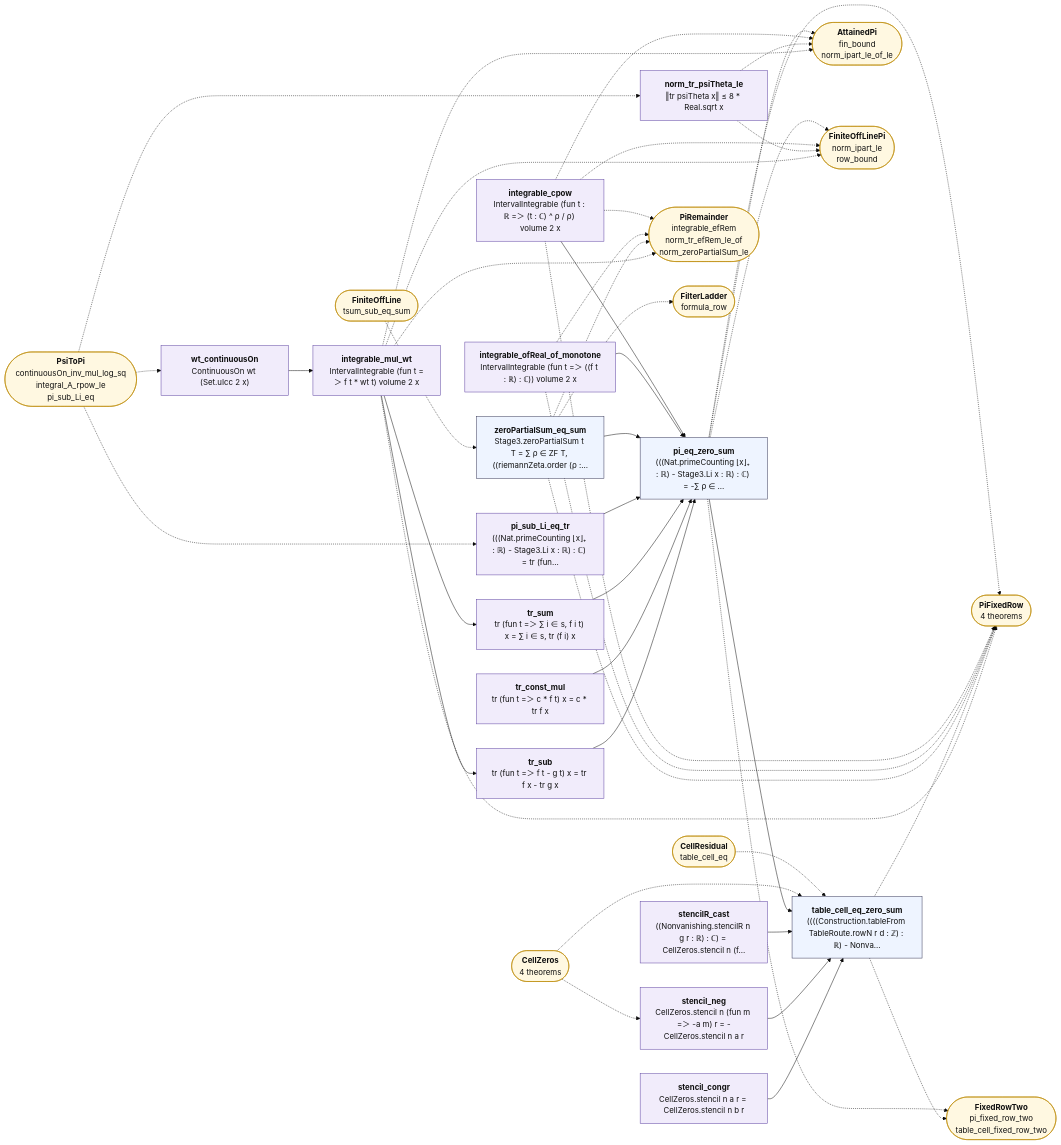
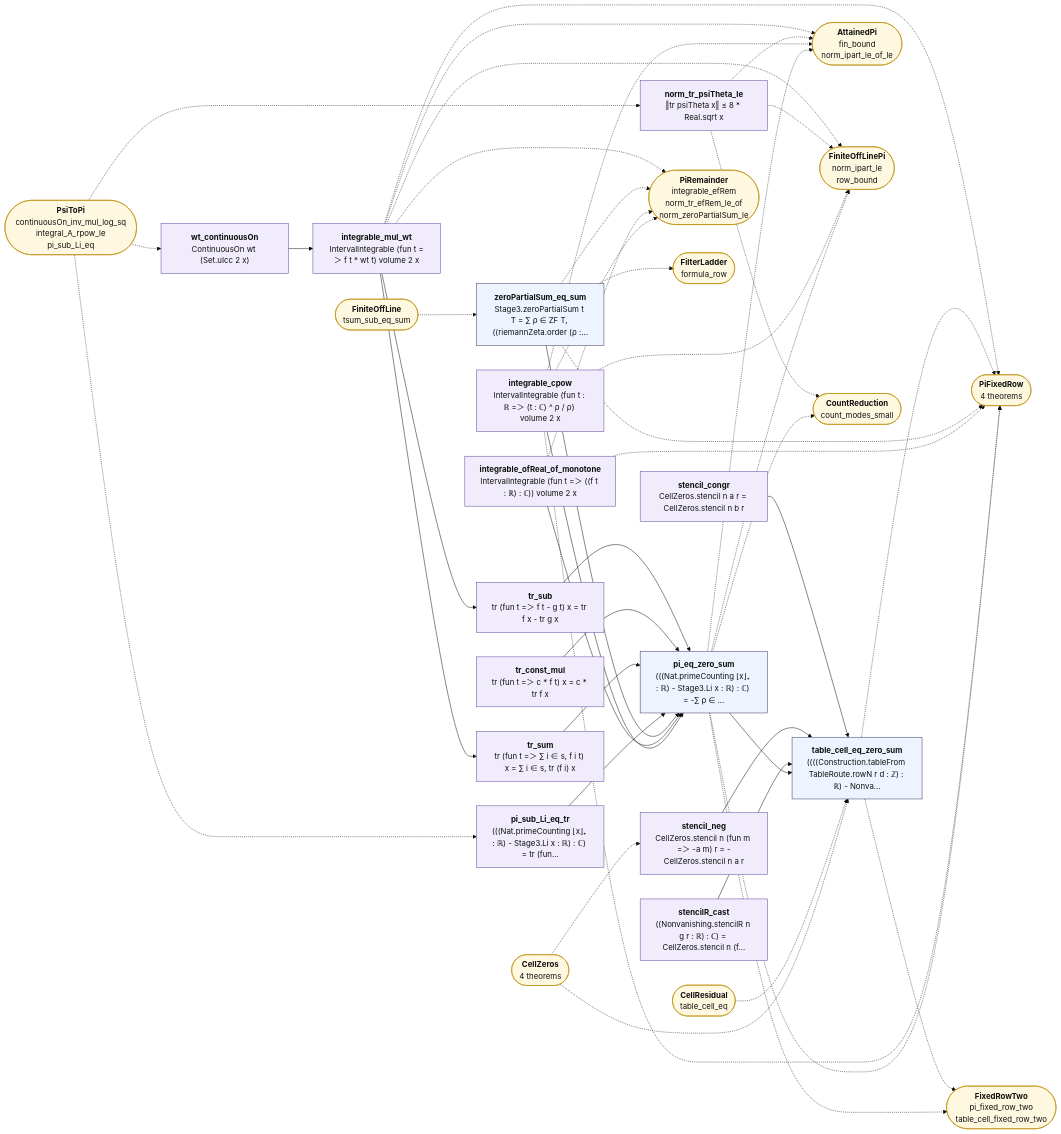
Before and after one commit to juliansambranojr/Primebeat_081426: the diagram in map/lean_stage3/PiZeros.mmd, drawn with Mermaid (base theme). The commit also changed 43 other files, not shown here.

First line of the commit message:
Block N2: the count's segments right of a line are small with a power saving (unit 0470)

```diff
--- a/map/lean_stage3/PiZeros.mmd
+++ b/map/lean_stage3/PiZeros.mmd
@@ -1,76 +1,79 @@
 flowchart LR
   n0["<b>wt_continuousOn</b><br/>ContinuousOn wt (Set.uIcc 2 x)"]:::shp
   n1["<b>integrable_mul_wt</b><br/>IntervalIntegrable (fun t =＞ f t * wt t) volume 2 x"]:::shp
   n2["<b>tr_sub</b><br/>tr (fun t =＞ f t - g t) x = tr f x - tr g x"]:::shp
   n3["<b>tr_const_mul</b><br/>tr (fun t =＞ c * f t) x = c * tr f x"]:::shp
   n4["<b>tr_sum</b><br/>tr (fun t =＞ ∑ i ∈ s, f i t) x = ∑ i ∈ s, tr (f i) x"]:::shp
   n5["<b>pi_sub_Li_eq_tr</b><br/>(((Nat.primeCounting ⌊x⌋₊ : ℝ) - Stage3.Li x : ℝ) : ℂ) = tr (fun…"]:::shp
   n6["<b>zeroPartialSum_eq_sum</b><br/>Stage3.zeroPartialSum t T = ∑ ρ ∈ ZF T, ((riemannZeta.order (ρ :…"]:::thm
   n7["<b>integrable_ofReal_of_monotone</b><br/>IntervalIntegrable (fun t =＞ ((f t : ℝ) : ℂ)) volume 2 x"]:::shp
   n8["<b>integrable_cpow</b><br/>IntervalIntegrable (fun t : ℝ =＞ (t : ℂ) ^ ρ / ρ) volume 2 x"]:::shp
   n9["<b>pi_eq_zero_sum</b><br/>(((Nat.primeCounting ⌊x⌋₊ : ℝ) - Stage3.Li x : ℝ) : ℂ) = -∑ ρ ∈ …"]:::thm
   n10["<b>norm_tr_psiTheta_le</b><br/>‖tr psiTheta x‖ ≤ 8 * Real.sqrt x"]:::shp
   n11["<b>stencil_congr</b><br/>CellZeros.stencil n a r = CellZeros.stencil n b r"]:::shp
   n12["<b>stencil_neg</b><br/>CellZeros.stencil n (fun m =＞ -a m) r = -CellZeros.stencil n a r"]:::shp
   n13["<b>stencilR_cast</b><br/>((Nonvanishing.stencilR n g r : ℝ) : ℂ) = CellZeros.stencil n (f…"]:::shp
   n14["<b>table_cell_eq_zero_sum</b><br/>((((Construction.tableFrom TableRoute.rowN r d : ℤ) : ℝ) - Nonva…"]:::thm
   x0(["<b>PsiToPi</b><br/>continuousOn_inv_mul_log_sq<br/>integral_A_rpow_le<br/>pi_sub_Li_eq"]):::ext
   x1(["<b>AttainedPi</b><br/>fin_bound<br/>norm_ipart_le_of_le"]):::ext
   x2(["<b>FiniteOffLinePi</b><br/>norm_ipart_le<br/>row_bound"]):::ext
   x3(["<b>PiFixedRow</b><br/>4 theorems"]):::ext
   x4(["<b>PiRemainder</b><br/>integrable_efRem<br/>norm_tr_efRem_le_of<br/>norm_zeroPartialSum_le"]):::ext
   x5(["<b>FiniteOffLine</b><br/>tsum_sub_eq_sum"]):::ext
   x6(["<b>FilterLadder</b><br/>formula_row"]):::ext
-  x7(["<b>FixedRowTwo</b><br/>pi_fixed_row_two<br/>table_cell_fixed_row_two"]):::ext
-  x8(["<b>CellZeros</b><br/>4 theorems"]):::ext
-  x9(["<b>CellResidual</b><br/>table_cell_eq"]):::ext
+  x7(["<b>CountReduction</b><br/>count_modes_small"]):::ext
+  x8(["<b>FixedRowTwo</b><br/>pi_fixed_row_two<br/>table_cell_fixed_row_two"]):::ext
+  x9(["<b>CellZeros</b><br/>4 theorems"]):::ext
+  x10(["<b>CellResidual</b><br/>table_cell_eq"]):::ext
   n0 --> n1
   n1 --> n2
   n1 --> n4
   n11 --> n14
   n12 --> n14
   n13 --> n14
   n2 --> n9
   n3 --> n9
   n4 --> n9
   n5 --> n9
   n6 --> n9
   n7 --> n9
   n8 --> n9
   n9 --> n14
   n1 -.-> x1
   n1 -.-> x2
   n1 -.-> x3
   n1 -.-> x4
   n10 -.-> x1
   n10 -.-> x2
+  n10 -.-> x7
   n14 -.-> x3
-  n14 -.-> x7
+  n14 -.-> x8
   n6 -.-> x3
   n6 -.-> x4
   n6 -.-> x6
   n7 -.-> x3
   n7 -.-> x4
   n8 -.-> x1
   n8 -.-> x2
   n8 -.-> x3
   n8 -.-> x4
   n9 -.-> x1
   n9 -.-> x2
   n9 -.-> x3
   n9 -.-> x7
+  n9 -.-> x8
   x0 -.-> n0
   x0 -.-> n10
   x0 -.-> n5
+  x10 -.-> n14
   x5 -.-> n6
-  x8 -.-> n12
-  x8 -.-> n14
+  x9 -.-> n12
   x9 -.-> n14
   classDef cnt fill:#dff5ec,stroke:#17694a,color:#111
   classDef shp fill:#f1ecfb,stroke:#5b3fa0,color:#111
   classDef rh fill:#ffe5e5,stroke:#c22,color:#111,stroke-width:2px
   classDef thm fill:#eef4ff,stroke:#335,color:#111
   classDef end_ fill:#e7f7e7,stroke:#2a7,color:#111,stroke-width:2px
   classDef lone fill:#fff,stroke:#999,color:#111,stroke-dasharray:4 3
   classDef bad fill:#ffe5e5,stroke:#c22,color:#111,stroke-width:2px
   classDef ext fill:#fff8e1,stroke:#b80,color:#111
```
